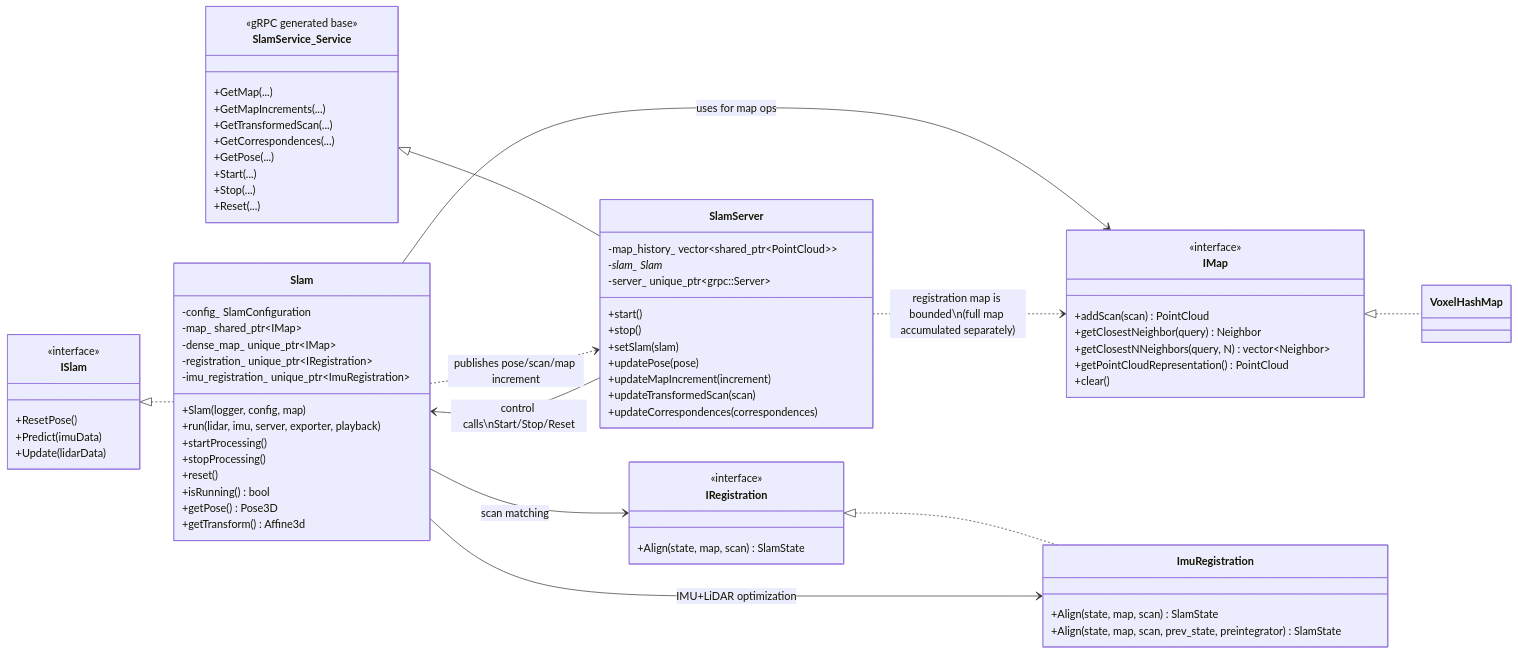
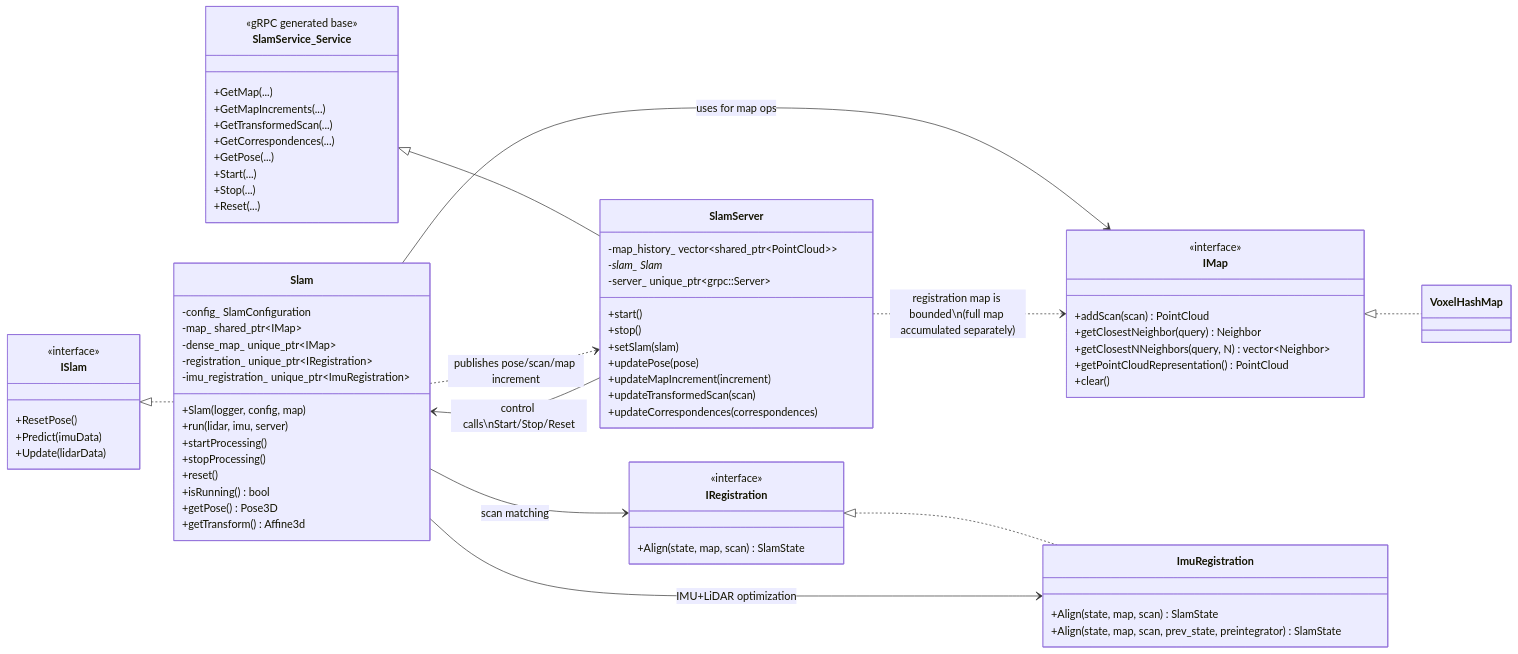
Before and after one commit to Marcus-Forte/mslam: the diagram in docs/arch.md, drawn with Mermaid. The commit also changed 20 other files, not shown here.

```diff
--- a/docs/arch.md
+++ b/docs/arch.md
@@ -33,7 +33,7 @@
 
 class Slam {
 	+Slam(logger, config, map)
-	+run(lidar, imu, server, exporter, playback)
+	+run(lidar, imu, server)
 	+startProcessing()
 	+stopProcessing()
 	+reset()
```
